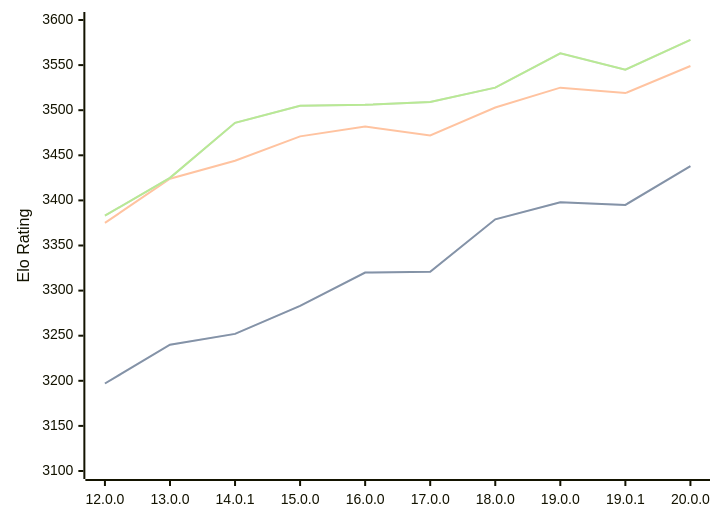
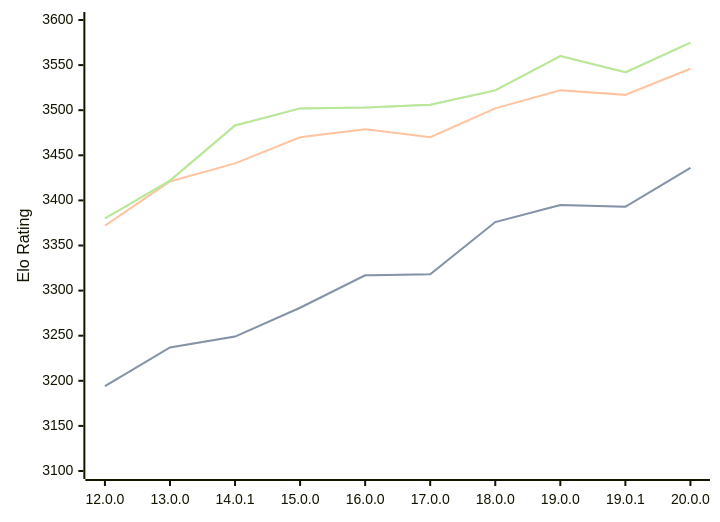
The diagram in engines/Viridithas.md (computer-chess-index/cci), drawn with Mermaid before and after one commit. The commit also changed other lines of this file, not shown here.

Commit message:
Update CCI Ratings (ELO VLTC) - 2026-08-12

````diff
--- a/engines/Viridithas.md
+++ b/engines/Viridithas.md
@@ -40,11 +40,11 @@
 ```mermaid
 %%{init: {"theme":"base","themeVariables":{"seriesColors:['#a3a3a3','#222221','#faa371']}}}%%
 xychart-beta
   x-axis ["12.0.0", "13.0.0", "14.0.1", "15.0.0", "16.0.0", "17.0.0", "18.0.0", "19.0.0", "19.0.1", "20.0.0"]
   y-axis "Elo Rating" 3100 --> 3600
-  line "STC (8.0+0.08s)" [3197, 3240, 3252, 3283, 3320, 3321, 3379, 3398, 3395, 3438]
-  line "STC (8.0+0.08s)" [3197, 3240, 3252, 3283, 3320, 3321, 3379, 3398, 3395, 3438]
-  line "LTC (60.0+0.60s)" [3375, 3424, 3444, 3471, 3482, 3472, 3503, 3525, 3519, 3549]
-  line "VLTC (2m24s+1.12s)" [3383, 3425, 3486, 3505, 3506, 3509, 3525, 3563, 3545, 3578]
-  line "VLTC (2m24s+1.12s)" [3383, 3425, 3486, 3505, 3506, 3509, 3525, 3563, 3545, 3578]
+  line "STC (8.0+0.08s)" [3194, 3237, 3249, 3281, 3317, 3318, 3376, 3395, 3393, 3436]
+  line "STC (8.0+0.08s)" [3194, 3237, 3249, 3281, 3317, 3318, 3376, 3395, 3393, 3436]
+  line "LTC (60.0+0.60s)" [3372, 3421, 3441, 3470, 3479, 3470, 3502, 3522, 3517, 3546]
+  line "VLTC (2m24s+1.12s)" [3380, 3422, 3483, 3502, 3503, 3506, 3522, 3560, 3542, 3575]
+  line "VLTC (2m24s+1.12s)" [3380, 3422, 3483, 3502, 3503, 3506, 3522, 3560, 3542, 3575]
 ```
````
